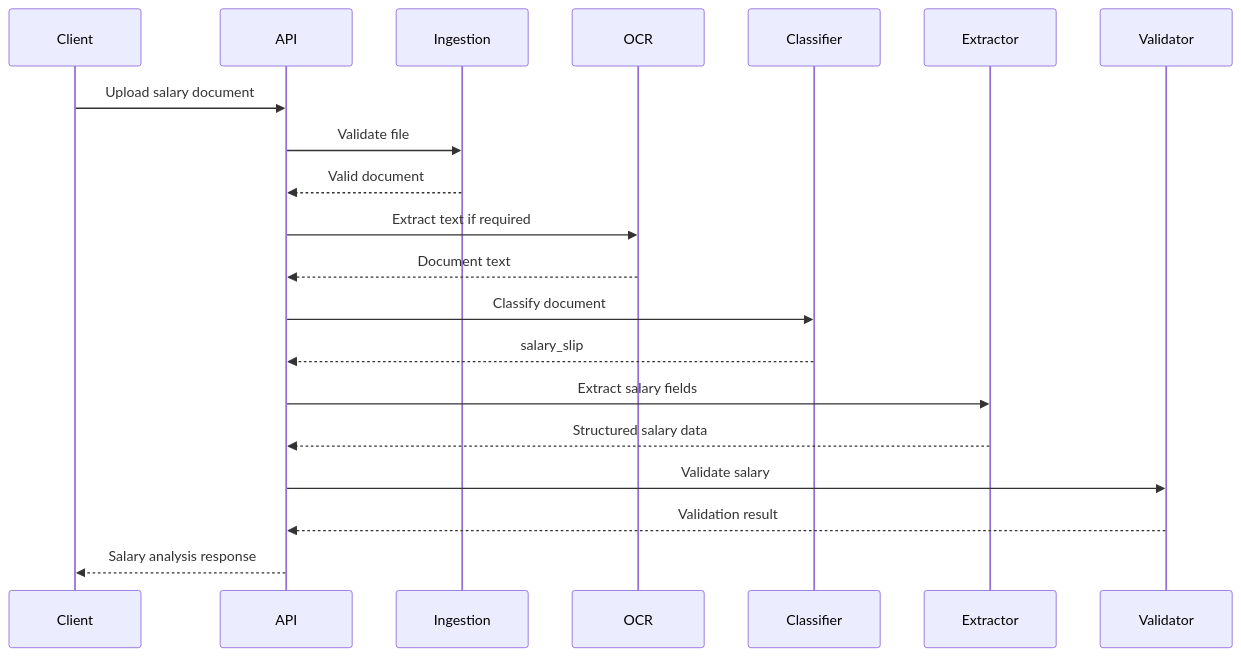
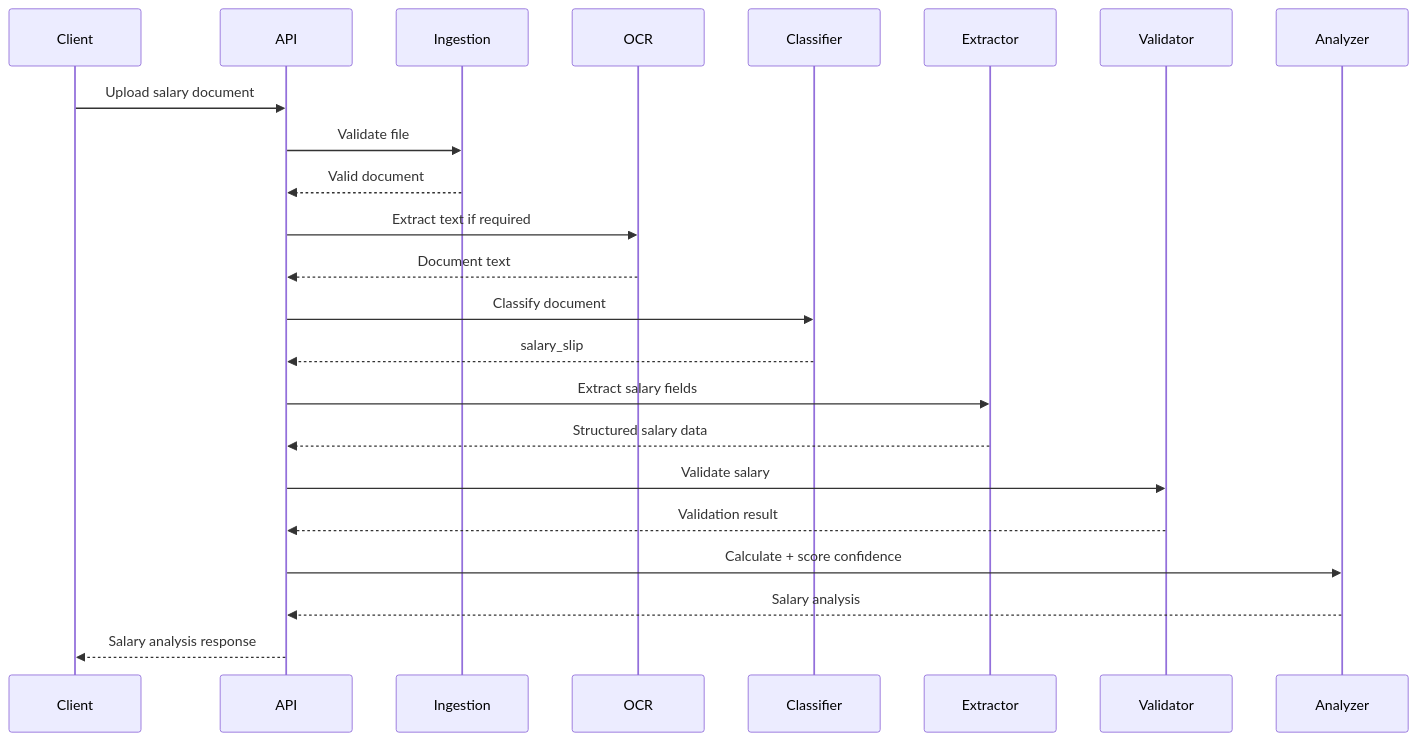
One commit to SAHILDAS/financial-document-analyzer changed the first of 3 diagrams in API.md. Above: the diagram before and after it, drawn with Mermaid. The commit also changed other lines of this file and 5 other files, not shown here.

````diff
--- a/API.md
+++ b/API.md
@@ -1632,29 +1858,26 @@
 ```mermaid
 sequenceDiagram
-
     participant Client
     participant API
     participant Ingestion
     participant OCR
     participant Classifier
     participant Extractor
     participant Validator
+    participant Analyzer
 
     Client->>API: Upload salary document
     API->>Ingestion: Validate file
     Ingestion-->>API: Valid document
-
     API->>OCR: Extract text if required
     OCR-->>API: Document text
-
     API->>Classifier: Classify document
     Classifier-->>API: salary_slip
-
     API->>Extractor: Extract salary fields
     Extractor-->>API: Structured salary data
-
     API->>Validator: Validate salary
     Validator-->>API: Validation result
-
+    API->>Analyzer: Calculate + score confidence
+    Analyzer-->>API: Salary analysis
     API-->>Client: Salary analysis response
 ```
````
